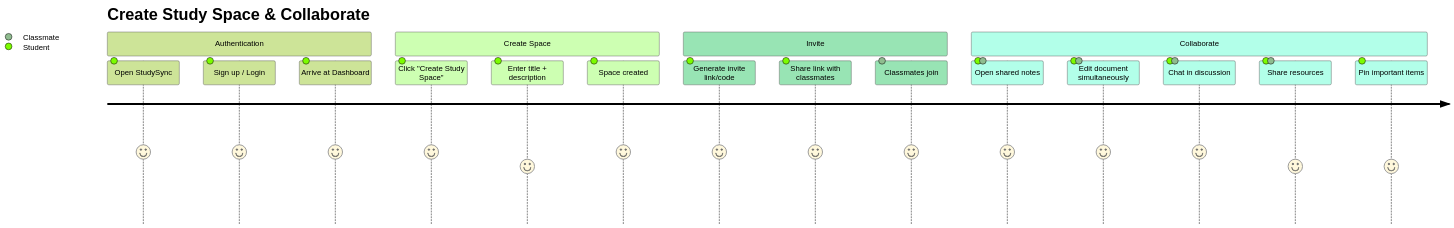
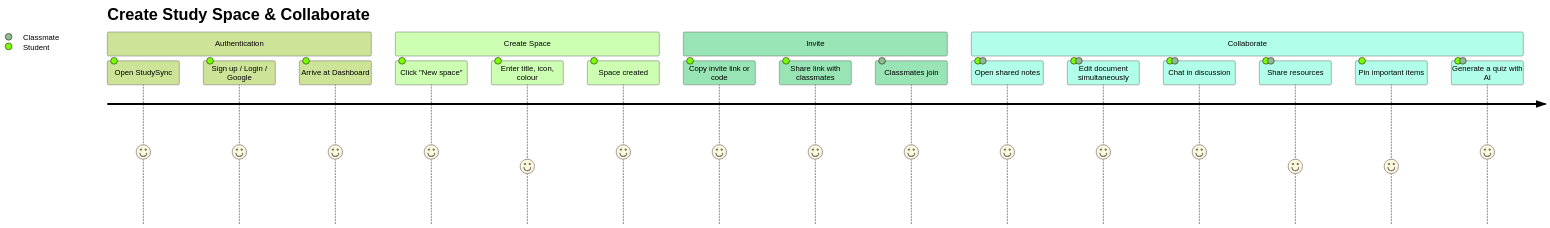
One commit to Priyansh9506/Hive changed diagram 13 of 19 in README.md. Above: the diagram before and after it, drawn with Mermaid (forest theme). The commit also changed other lines of this file and 52 other files, not shown here.

````diff
--- a/README.md
+++ b/README.md
@@ -826,22 +1084,23 @@
 ```mermaid
 journey
     title Create Study Space & Collaborate
     section Authentication
       Open StudySync: 5: Student
-      Sign up / Login: 5: Student
+      Sign up / Login / Google: 5: Student
       Arrive at Dashboard: 5: Student
     section Create Space
-      Click "Create Study Space": 5: Student
-      Enter title + description: 4: Student
+      Click "New space": 5: Student
+      Enter title, icon, colour: 4: Student
       Space created: 5: Student
     section Invite
-      Generate invite link/code: 5: Student
+      Copy invite link or code: 5: Student
       Share link with classmates: 5: Student
       Classmates join: 5: Classmate
     section Collaborate
       Open shared notes: 5: Student, Classmate
       Edit document simultaneously: 5: Student, Classmate
       Chat in discussion: 5: Student, Classmate
       Share resources: 4: Student, Classmate
       Pin important items: 4: Student
+      Generate a quiz with AI: 5: Student, Classmate
 ```
````
